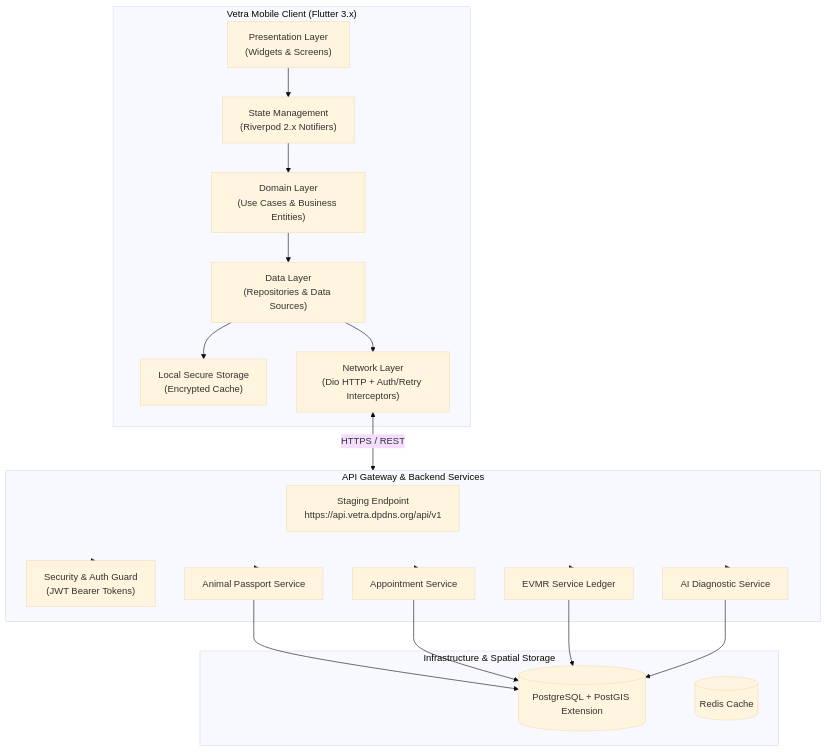
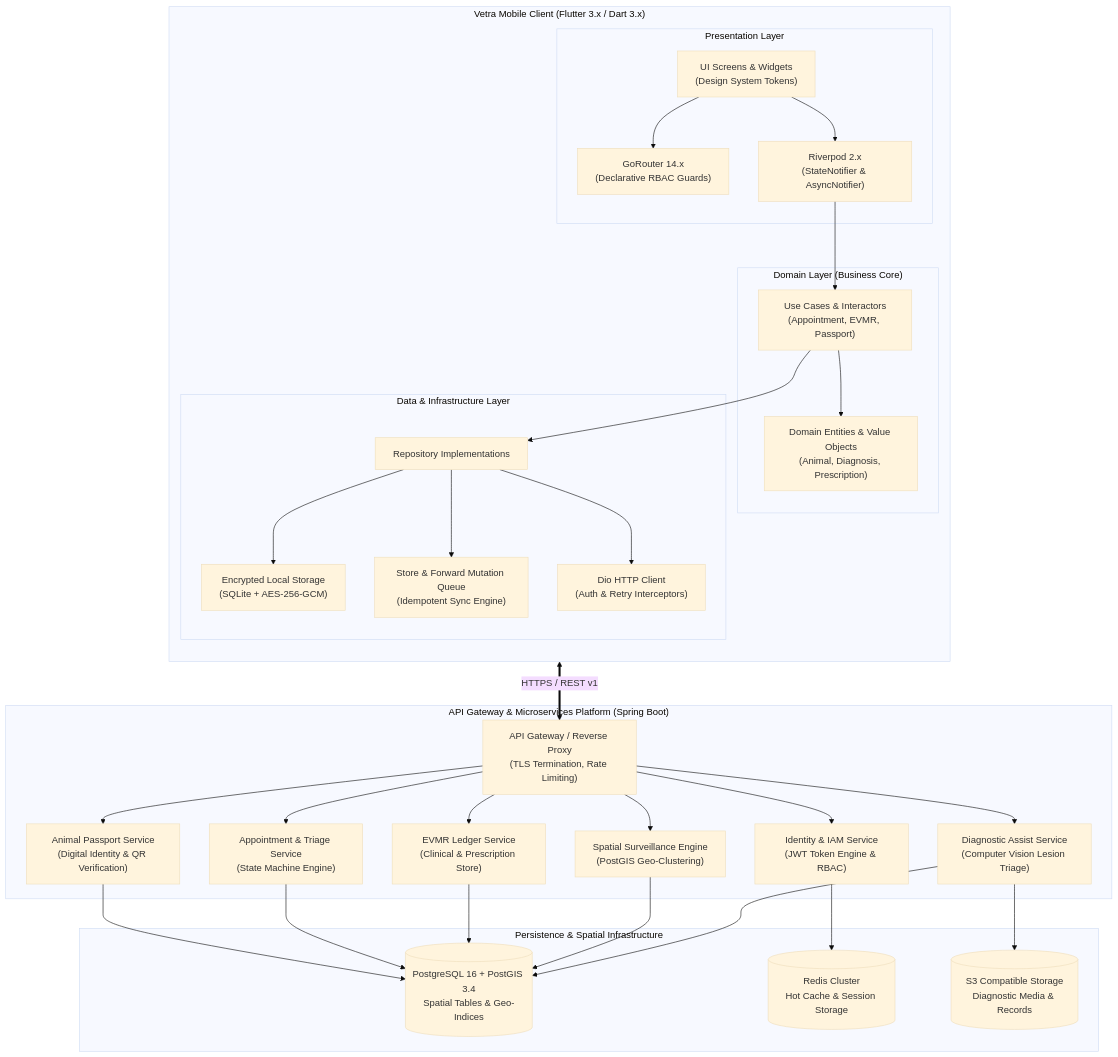
One commit to omrajput14/vetra changed the first of 6 diagrams in README.md. Above: the diagram before and after it, drawn with Mermaid (base theme). The commit also changed other lines of this file, not shown here.

````diff
--- a/README.md
+++ b/README.md
@@ -67,41 +96,64 @@
 ```mermaid
-flowchart TD
-    subgraph Client ["Vetra Mobile Client (Flutter 3.x)"]
-        UI["Presentation Layer\n(Widgets & Screens)"]
-        Riverpod["State Management\n(Riverpod 2.x Notifiers)"]
-        UseCase["Domain Layer\n(Use Cases & Business Entities)"]
-        Repo["Data Layer\n(Repositories & Data Sources)"]
-        Storage["Local Secure Storage\n(Encrypted Cache)"]
-        Network["Network Layer\n(Dio HTTP + Auth/Retry Interceptors)"]
+flowchart TB
+    subgraph Client ["Vetra Mobile Client (Flutter 3.x / Dart 3.x)"]
+        direction TB
+        subgraph PresentationLayer ["Presentation Layer"]
+            UI["UI Screens & Widgets\n(Design System Tokens)"]
+            Router["GoRouter 14.x\n(Declarative RBAC Guards)"]
+            State["Riverpod 2.x\n(StateNotifier & AsyncNotifier)"]
+        end
+
+        subgraph DomainLayer ["Domain Layer (Business Core)"]
+            UseCases["Use Cases & Interactors\n(Appointment, EVMR, Passport)"]
+            Entities["Domain Entities & Value Objects\n(Animal, Diagnosis, Prescription)"]
+        end
+
+        subgraph DataLayer ["Data & Infrastructure Layer"]
+            RepoImpl["Repository Implementations"]
+            LocalCache["Encrypted Local Storage\n(SQLite + AES-256-GCM)"]
+            SyncQueue["Store & Forward Mutation Queue\n(Idempotent Sync Engine)"]
+            NetworkClient["Dio HTTP Client\n(Auth & Retry Interceptors)"]
+        end
+
+        UI --> Router
+        UI --> State
+        State --> UseCases
+        UseCases --> Entities
+        UseCases --> RepoImpl
+        RepoImpl --> LocalCache
+        RepoImpl --> SyncQueue
+        RepoImpl --> NetworkClient
     end
 
-    subgraph Gateway ["API Gateway & Backend Services"]
-        Staging["Staging Endpoint\nhttps://api.vetra.dpdns.org/api/v1"]
-        AuthSvc["Security & Auth Guard\n(JWT Bearer Tokens)"]
-        AnimalSvc["Animal Passport Service"]
-        ApptSvc["Appointment Service"]
-        EVMRSvc["EVMR Service Ledger"]
-        AISvc["AI Diagnostic Service"]
+    subgraph GatewayLayer ["API Gateway & Microservices Platform (Spring Boot)"]
+        Gateway["API Gateway / Reverse Proxy\n(TLS Termination, Rate Limiting)"]
+        AuthSvc["Identity & IAM Service\n(JWT Token Engine & RBAC)"]
+        AnimalSvc["Animal Passport Service\n(Digital Identity & QR Verification)"]
+        ApptSvc["Appointment & Triage Service\n(State Machine Engine)"]
+        EVMRSvc["EVMR Ledger Service\n(Clinical & Prescription Store)"]
+        SpatialSvc["Spatial Surveillance Engine\n(PostGIS Geo-Clustering)"]
+        AISvc["Diagnostic Assist Service\n(Computer Vision Lesion Triage)"]
     end
 
-    subgraph Persistence ["Infrastructure & Spatial Storage"]
-        DB[(PostgreSQL + PostGIS Extension)]
-        Redis[(Redis Cache)]
+    subgraph PersistenceLayer ["Persistence & Spatial Infrastructure"]
+        Postgres[(PostgreSQL 16 + PostGIS 3.4\nSpatial Tables & Geo-Indices)]
+        Redis[(Redis Cluster\nHot Cache & Session Storage)]
+        ObjectStorage[(S3 Compatible Storage\nDiagnostic Media & Records)]
     end
 
-    UI --> Riverpod
-    Riverpod --> UseCase
-    UseCase --> Repo
-    Repo --> Storage
-    Repo --> Network
-    Network <-->|HTTPS / REST| Gateway
+    NetworkClient <==>|HTTPS / REST v1| Gateway
     Gateway --> AuthSvc
     Gateway --> AnimalSvc
     Gateway --> ApptSvc
     Gateway --> EVMRSvc
+    Gateway --> SpatialSvc
     Gateway --> AISvc
-    AnimalSvc --> DB
-    ApptSvc --> DB
-    EVMRSvc --> DB
-    AISvc --> DB
+
+    AuthSvc --> Redis
+    AnimalSvc --> Postgres
+    ApptSvc --> Postgres
+    EVMRSvc --> Postgres
+    SpatialSvc --> Postgres
+    AISvc --> ObjectStorage
+    AISvc --> Postgres
 ```
````
